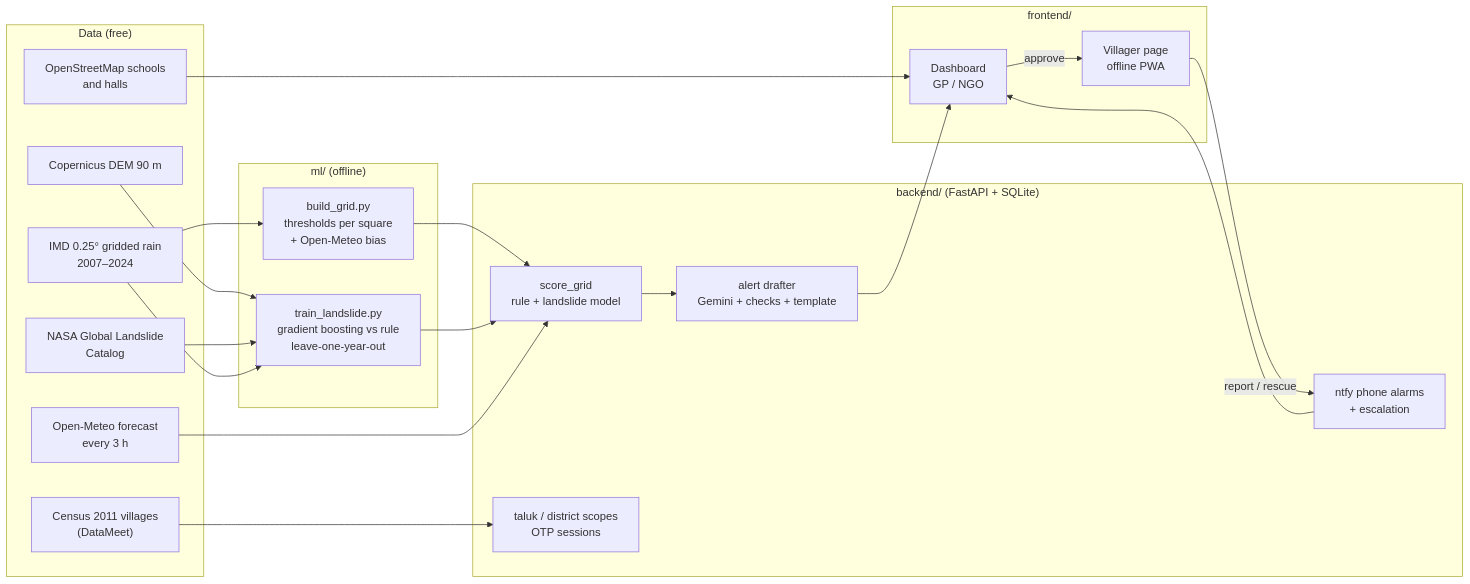
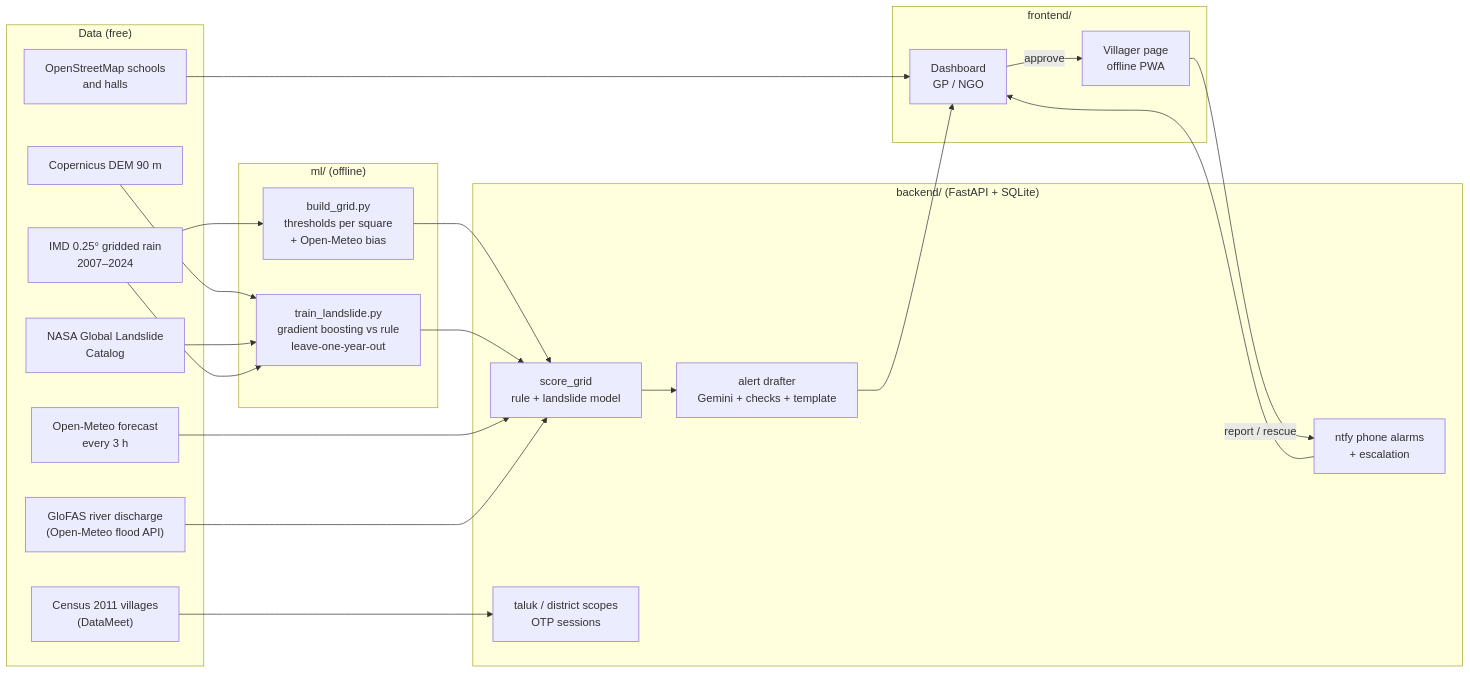
The diagram in README.md (DhanyaHegde18/disaster-ai), drawn with Mermaid before and after one commit. The commit also changed other lines of this file and 5 other files, not shown here.

````diff
--- a/README.md
+++ b/README.md
@@ -27,34 +27,36 @@
 ```mermaid
 flowchart LR
     subgraph Data["Data (free)"]
         IMD["IMD 0.25° gridded rain<br/>2007–2024"]
         OM["Open-Meteo forecast<br/>every 3 h"]
         CEN["Census 2011 villages<br/>(DataMeet)"]
         DEM["Copernicus DEM 90 m"]
         NASA["NASA Global Landslide<br/>Catalog"]
         OSM["OpenStreetMap schools<br/>and halls"]
+        GLO["GloFAS river discharge<br/>(Open-Meteo flood API)"]
     end
     subgraph ML["ml/ (offline)"]
         GRID["build_grid.py<br/>thresholds per square<br/>+ Open-Meteo bias"]
         LS["train_landslide.py<br/>gradient boosting vs rule<br/>leave-one-year-out"]
     end
     subgraph API["backend/ (FastAPI + SQLite)"]
         SCORE["score_grid<br/>rule + landslide model"]
         ALERT["alert drafter<br/>Gemini + checks + template"]
         SCOPE["taluk / district scopes<br/>OTP sessions"]
         NOTIFY["ntfy phone alarms<br/>+ escalation"]
     end
     subgraph UI["frontend/"]
         DASH["Dashboard<br/>GP / NGO"]
         VIL["Villager page<br/>offline PWA"]
     end
     IMD --> GRID --> SCORE
     DEM --> LS
     NASA --> LS --> SCORE
     IMD --> LS
     OM --> SCORE --> ALERT --> DASH
+    GLO --> SCORE
     CEN --> SCOPE
     OSM --> DASH
     DASH -- approve --> VIL
     VIL -- report / rescue --> NOTIFY --> DASH
 ```
````
